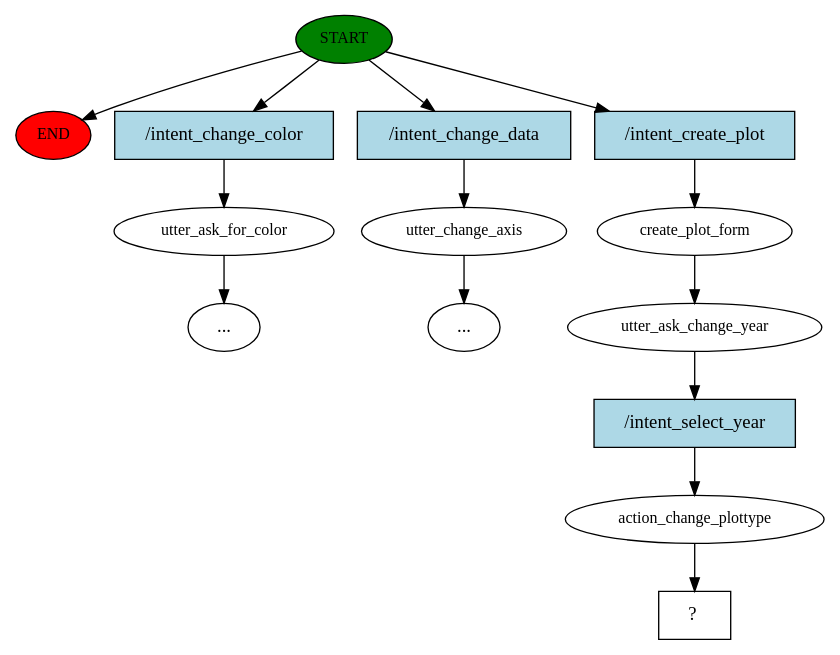
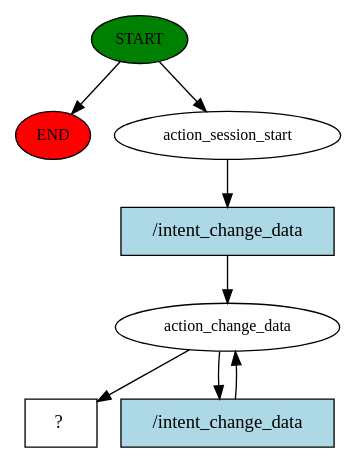
Before and after one commit to TobiasRisom/RasaMED8: the diagram in story_graph.dot, drawn with Graphviz. The commit also changed 783 other files, not shown here.

```diff
--- a/story_graph.dot
+++ b/story_graph.dot
@@ -1,29 +1,16 @@
 digraph  {
 0 [class="start active", fillcolor=green, fontsize=12, label=START, style=filled];
 "-1" [class=end, fillcolor=red, fontsize=12, label=END, style=filled];
-1 [class="", fontsize=12, label=utter_ask_for_color];
-"-3" [class=ellipsis, label="..."];
-2 [class="", fontsize=12, label=utter_change_axis];
-"-4" [class=ellipsis, label="..."];
-3 [class=active, fontsize=12, label=create_plot_form];
-4 [class=active, fontsize=12, label=utter_ask_change_year];
-5 [class=active, fontsize=12, label=action_change_plottype];
-6 [class="intent dashed active", label="  ?  ", shape=rect];
-7 [class=intent, fillcolor=lightblue, label="/intent_change_color", shape=rect, style=filled];
-8 [class=intent, fillcolor=lightblue, label="/intent_change_data", shape=rect, style=filled];
-9 [class="intent active", fillcolor=lightblue, label="/intent_create_plot", shape=rect, style=filled];
-10 [class="intent active", fillcolor=lightblue, label="/intent_select_year", shape=rect, style=filled];
+1 [class=active, fontsize=12, label=action_session_start];
+2 [class=active, fontsize=12, label=action_change_data];
+4 [class="intent dashed active", label="  ?  ", shape=rect];
+5 [class="intent active", fillcolor=lightblue, label="/intent_change_data", shape=rect, style=filled];
+6 [class="intent active", fillcolor=lightblue, label="/intent_change_data", shape=rect, style=filled];
 0 -> "-1"  [class="", key=NONE, label=""];
-0 -> 7  [class="", key=0];
-0 -> 8  [class="", key=0];
-0 -> 9  [class=active, key=0];
-1 -> "-3"  [class="", key=NONE, label=""];
-2 -> "-4"  [class="", key=NONE, label=""];
-3 -> 4  [class=active, key=NONE, label=""];
-4 -> 10  [class=active, key=0];
-5 -> 6  [class=active, key=NONE, label=""];
-7 -> 1  [class="", key=0];
-8 -> 2  [class="", key=0];
-9 -> 3  [class=active, key=0];
-10 -> 5  [class=active, key=0];
+0 -> 1  [class=active, key=NONE, label=""];
+1 -> 5  [class=active, key=0];
+2 -> 4  [class=active, key=NONE, label=""];
+2 -> 6  [class=active, key=0];
+5 -> 2  [class=active, key=0];
+6 -> 2  [class=active, key=0];
 }
```
